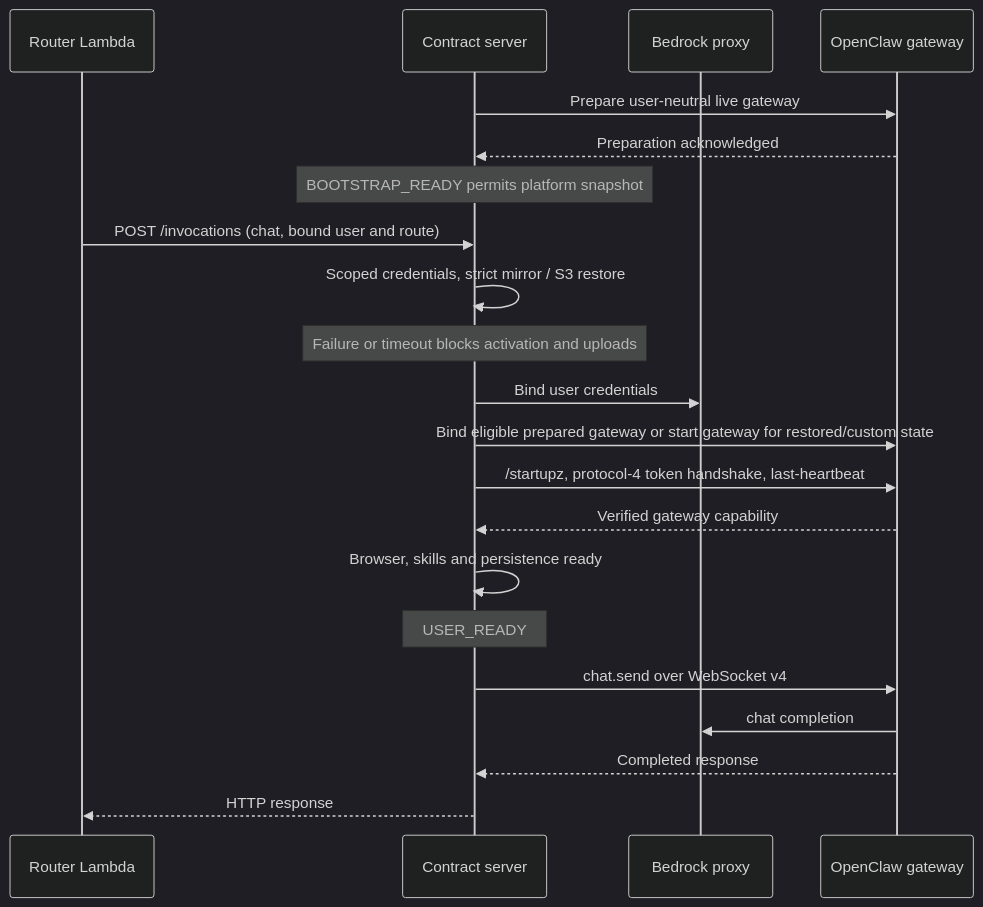
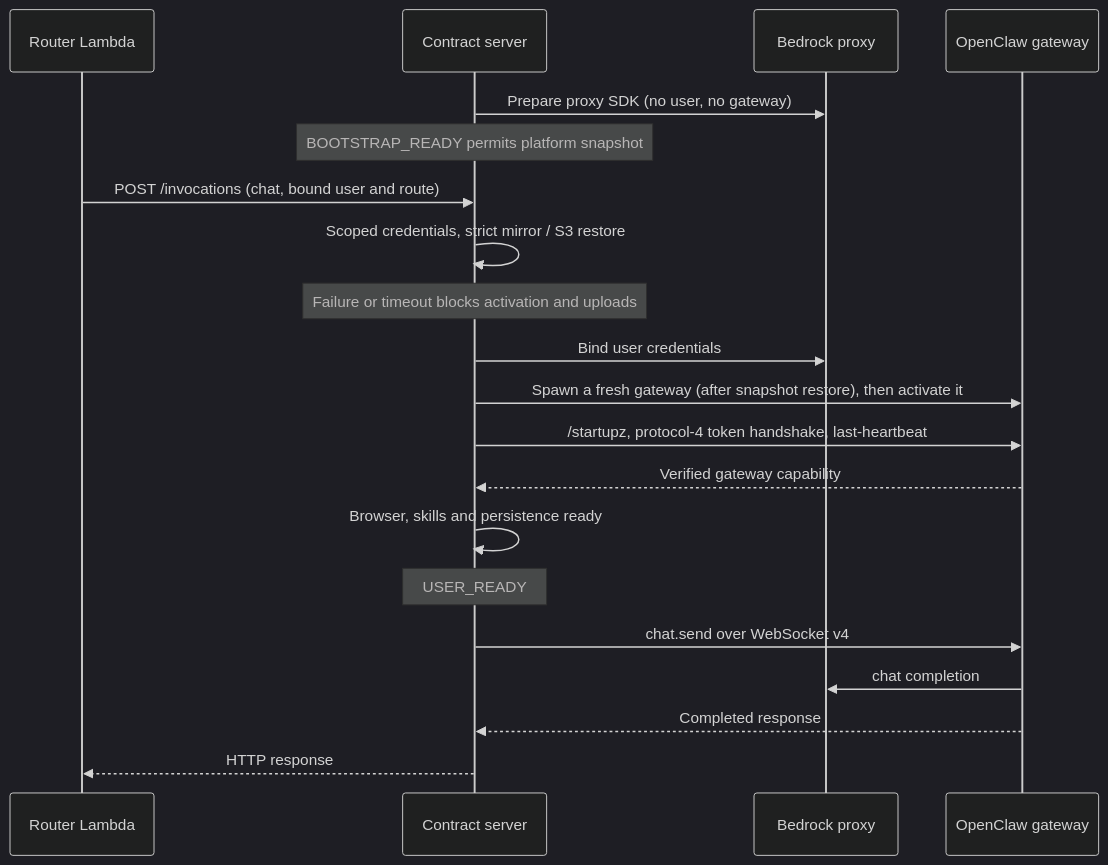
Before and after one commit to aws-samples/sample-host-openclaw-on-amazon-bedrock-agentcore: the diagram in docs/how-it-works.md, drawn with Mermaid (dark theme). The commit also changed other lines of this file and 7 other files, not shown here.

First line of the commit message:
fix(v2): never bind a user to the pre-snapshot live seed gateway (#177)

````diff
--- a/docs/how-it-works.md
+++ b/docs/how-it-works.md
@@ -50,24 +50,23 @@
 ```mermaid
 sequenceDiagram
     participant R as Router Lambda
     participant C as Contract server
     participant P as Bedrock proxy
     participant G as OpenClaw gateway
 
-    C->>G: Prepare user-neutral live gateway
-    G-->>C: Preparation acknowledged
+    C->>P: Prepare proxy SDK (no user, no gateway)
     Note over C: BOOTSTRAP_READY permits platform snapshot
     R->>C: POST /invocations (chat, bound user and route)
     C->>C: Scoped credentials, strict mirror / S3 restore
     Note over C: Failure or timeout blocks activation and uploads
     C->>P: Bind user credentials
-    C->>G: Bind eligible prepared gateway or start gateway for restored/custom state
+    C->>G: Spawn a fresh gateway (after snapshot restore), then activate it
     C->>G: /startupz, protocol-4 token handshake, last-heartbeat
     G-->>C: Verified gateway capability
     C->>C: Browser, skills and persistence ready
     Note over C: USER_READY
     C->>G: chat.send over WebSocket v4
     G->>P: chat completion
     G-->>C: Completed response
     C-->>R: HTTP response
 ```
````
